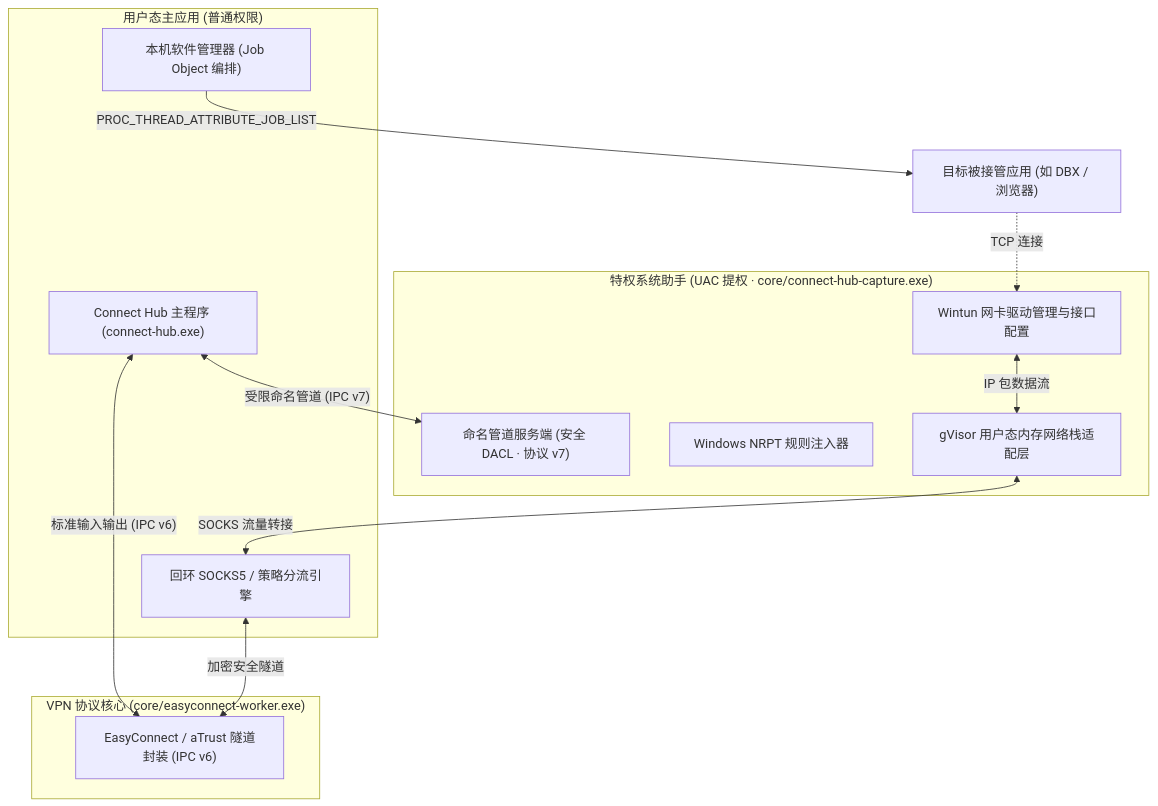
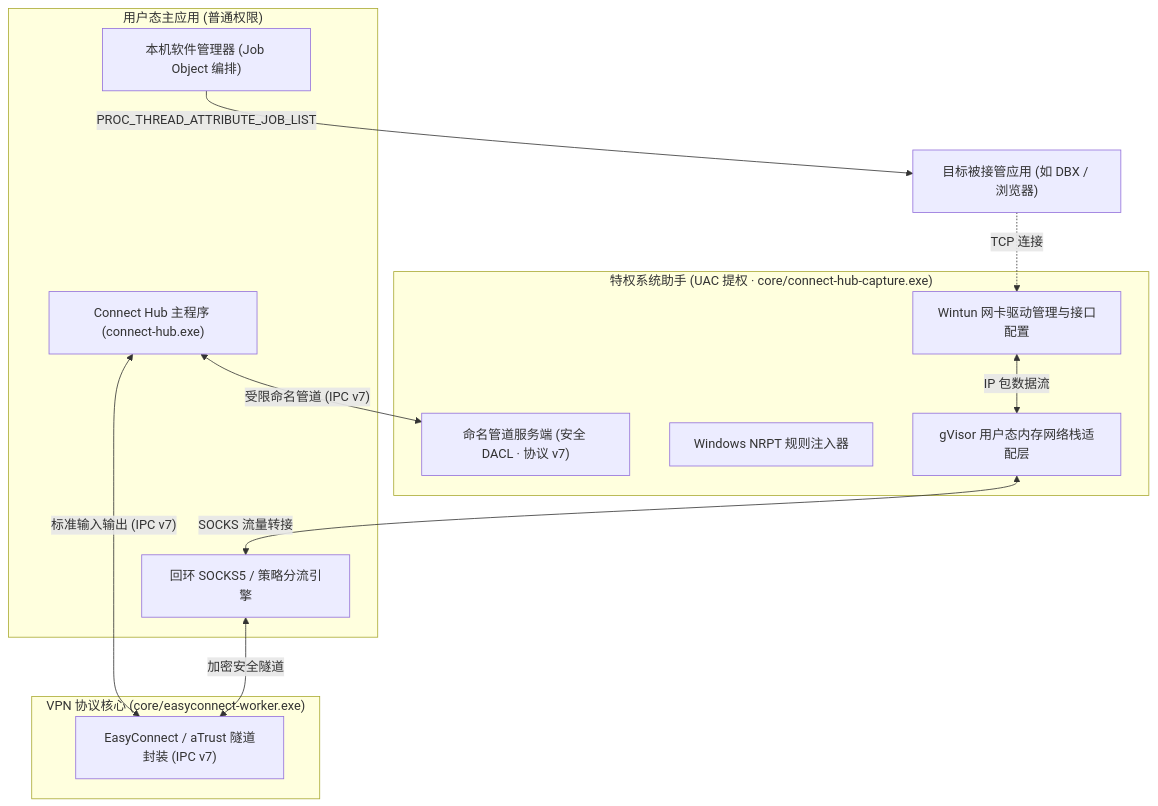
Before and after one commit to ehZyiL/aTrustHub: the diagram in WINDOWS-IMPLEMENTATION.md, drawn with Mermaid. The commit also changed other lines of this file and 15 other files, not shown here.

````diff
--- a/WINDOWS-IMPLEMENTATION.md
+++ b/WINDOWS-IMPLEMENTATION.md
@@ -11,27 +11,27 @@
 ```mermaid
 flowchart TD
     subgraph UserSpace ["用户态主应用 (普通权限)"]
         GUI["Connect Hub 主程序 (connect-hub.exe)"]
         LocalApps["本机软件管理器 (Job Object 编排)"]
         SocksProxy["回环 SOCKS5 / 策略分流引擎"]
     end
 
     subgraph ElevatedHelper ["特权系统助手 (UAC 提权 · core/connect-hub-capture.exe)"]
         PipeServer["命名管道服务端 (安全 DACL · 协议 v7)"]
         WintunMgr["Wintun 网卡驱动管理与接口配置"]
         NRPTMgr["Windows NRPT 规则注入器"]
         Netstack["gVisor 用户态内存网络栈适配层"]
     end
 
     subgraph WorkerProcess ["VPN 协议核心 (core/easyconnect-worker.exe)"]
-        ECWorker["EasyConnect / aTrust 隧道封装 (IPC v6)"]
+        ECWorker["EasyConnect / aTrust 隧道封装 (IPC v7)"]
     end
 
     GUI <-->|"受限命名管道 (IPC v7)"| PipeServer
-    GUI <-->|"标准输入输出 (IPC v6)"| ECWorker
+    GUI <-->|"标准输入输出 (IPC v7)"| ECWorker
     LocalApps -->|"PROC_THREAD_ATTRIBUTE_JOB_LIST"| TargetApp["目标被接管应用 (如 DBX / 浏览器)"]
     TargetApp -.->|"TCP 连接"| WintunMgr
     WintunMgr <-->|"IP 包数据流"| Netstack
     Netstack <-->|"SOCKS 流量转接"| SocksProxy
     SocksProxy <-->|"加密安全隧道"| ECWorker
 ```
````
